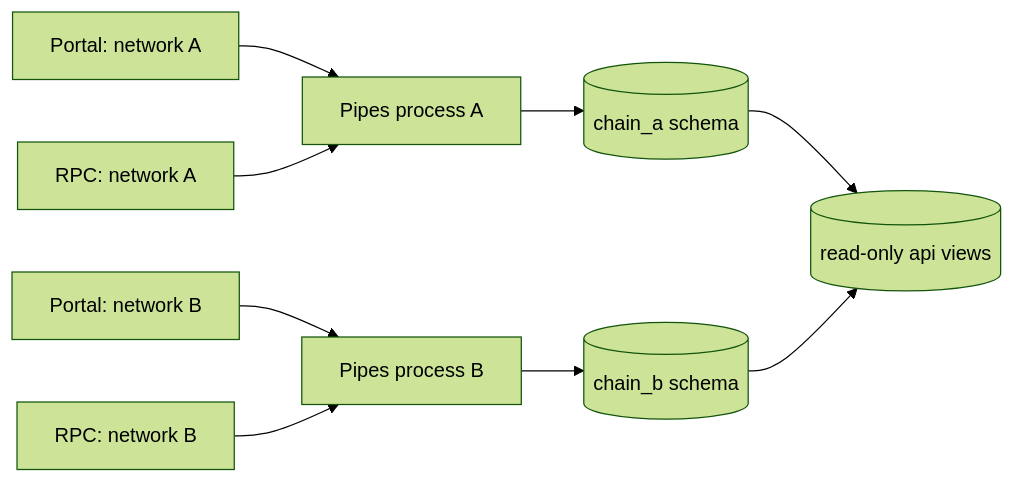
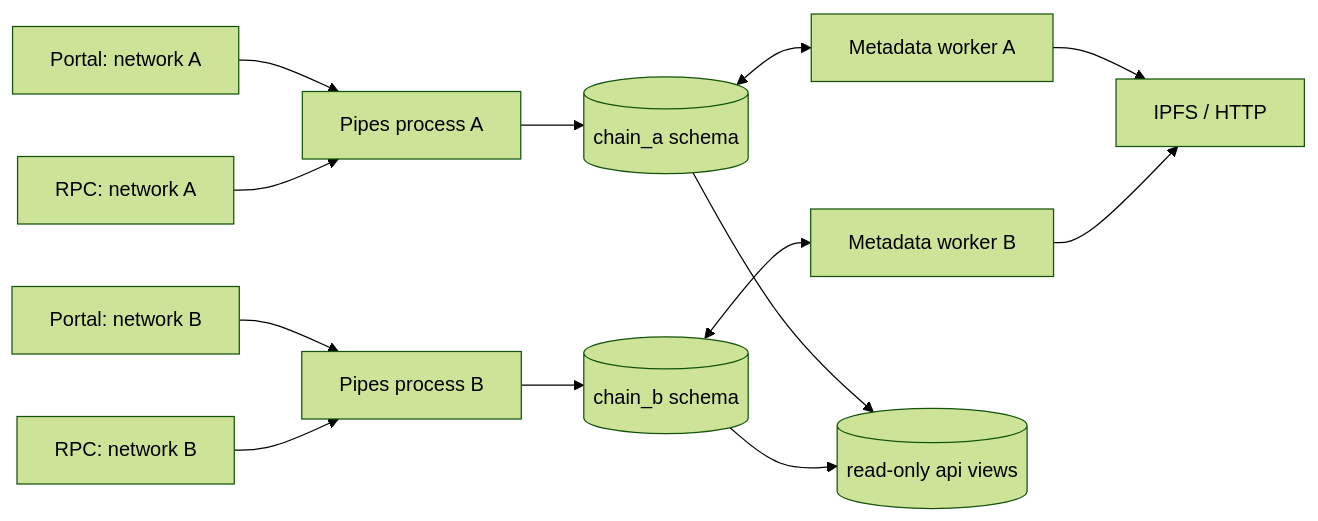
The first of 2 diagrams in apps/docs/public/llm/indexer.md (chillwhales/lsp-indexer), drawn with Mermaid (forest theme) before and after one commit. The commit also changed other lines of this file and 27 other files, not shown here.

````diff
--- a/apps/docs/public/llm/indexer.md
+++ b/apps/docs/public/llm/indexer.md
@@ -41,11 +41,15 @@
 ```mermaid
 flowchart LR
   PortalA[Portal: network A] --> PipeA[Pipes process A]
   PortalB[Portal: network B] --> PipeB[Pipes process B]
   RpcA[RPC: network A] --> PipeA
   RpcB[RPC: network B] --> PipeB
   PipeA --> SchemaA[(chain_a schema)]
   PipeB --> SchemaB[(chain_b schema)]
+  SchemaA <--> WorkerA[Metadata worker A]
+  SchemaB <--> WorkerB[Metadata worker B]
+  WorkerA --> Content[IPFS / HTTP]
+  WorkerB --> Content
   SchemaA --> API[(read-only api views)]
   SchemaB --> API
 ```
````
